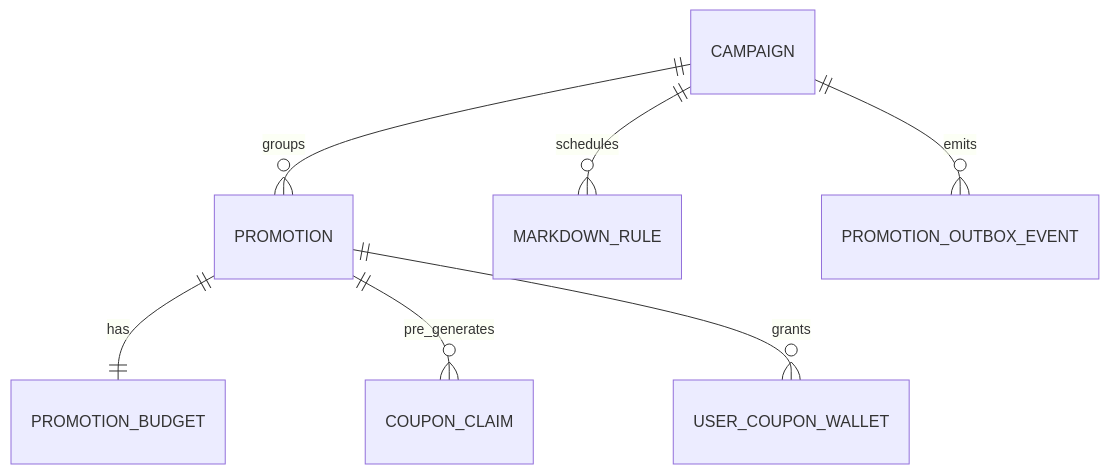
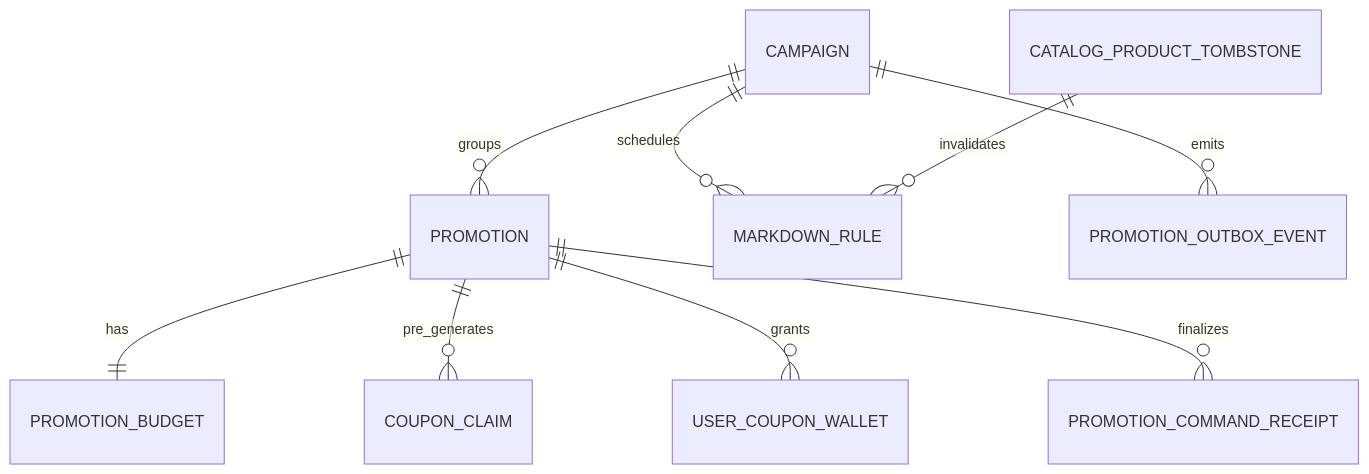
The diagram in docs/promotion/data.md (quangdung2110/e-commerce-microservices), drawn with Mermaid before and after one commit. The commit also changed other lines of this file and 19 other files, not shown here.

````diff
--- a/docs/promotion/data.md
+++ b/docs/promotion/data.md
@@ -32,9 +32,11 @@
 ```mermaid
 erDiagram
   CAMPAIGN ||--o{ PROMOTION : groups
   CAMPAIGN ||--o{ MARKDOWN_RULE : schedules
   PROMOTION ||--|| PROMOTION_BUDGET : has
   PROMOTION ||--o{ COUPON_CLAIM : pre_generates
   PROMOTION ||--o{ USER_COUPON_WALLET : grants
+  PROMOTION ||--o{ PROMOTION_COMMAND_RECEIPT : finalizes
+  CATALOG_PRODUCT_TOMBSTONE ||--o{ MARKDOWN_RULE : invalidates
   CAMPAIGN ||--o{ PROMOTION_OUTBOX_EVENT : emits
 ```
````
